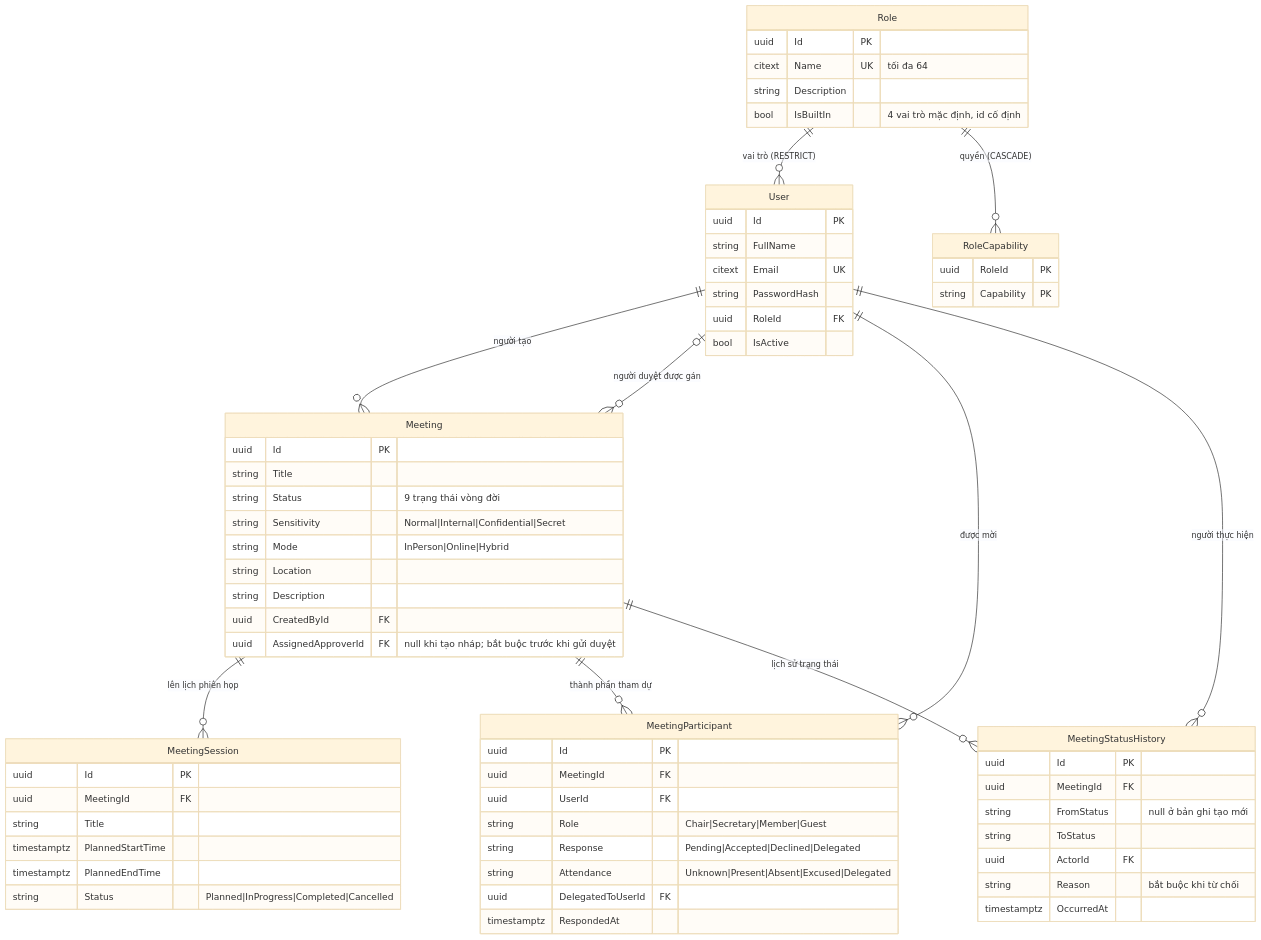
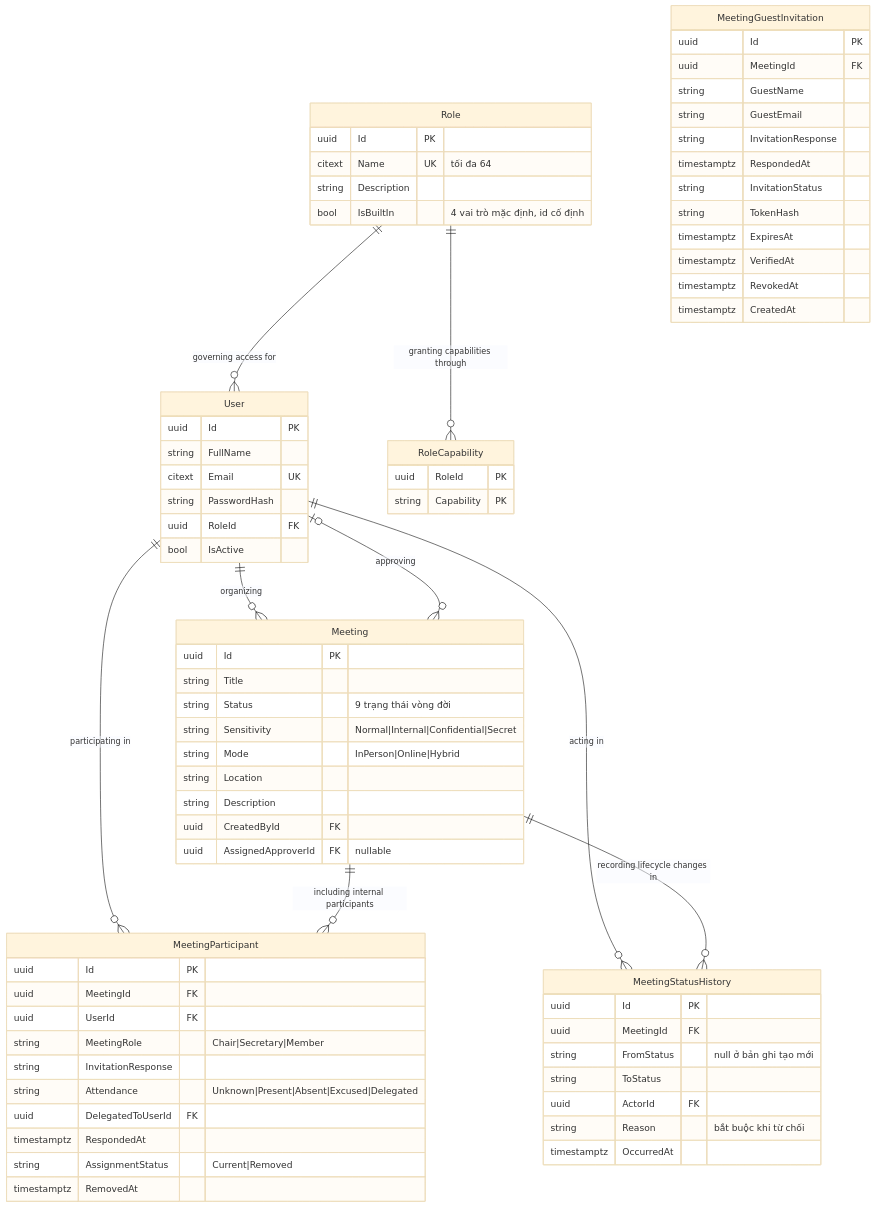
Before and after one commit to callmehai/FU-FA26-G116: the first of 6 diagrams in docs/02-design/02-erd.md, drawn with Mermaid (base theme). The commit also changed other lines of this file and 3 other files, not shown here.

First line of the commit message:
[Doc]: Đồng bộ tài liệu ERD 30 thực thể, cập nhật đặc tả UC và Sequence Diagram UC-21

````diff
--- a/docs/02-design/02-erd.md
+++ b/docs/02-design/02-erd.md
@@ -40,69 +72,76 @@
 ```mermaid
 erDiagram
-    Role ||--o{ User : "vai trò (RESTRICT)"
-    Role ||--o{ RoleCapability : "quyền (CASCADE)"
-    User ||--o{ Meeting : "người tạo"
-    User o|--o{ Meeting : "người duyệt được gán"
-    Meeting ||--o{ MeetingSession : "lên lịch phiên họp"
-    User ||--o{ MeetingParticipant : "được mời"
-    User ||--o{ MeetingStatusHistory : "người thực hiện"
-    Meeting ||--o{ MeetingParticipant : "thành phần tham dự"
-    Meeting ||--o{ MeetingStatusHistory : "lịch sử trạng thái"
+    Role ||--o{ User : "governing access for"
+    Role ||--o{ RoleCapability : "granting capabilities through"
+    User ||--o{ Meeting : "organizing"
+    User o|--o{ Meeting : "approving"
+    User ||--o{ MeetingParticipant : "participating in"
+    User ||--o{ MeetingStatusHistory : "acting in"
+    Meeting ||--o{ MeetingParticipant : "including internal participants"
+    Meeting ||--o{ MeetingStatusHistory : "recording lifecycle changes in"
 
     User {
         uuid Id PK
         string FullName
         citext Email UK
         string PasswordHash
         uuid RoleId FK
         bool IsActive
     }
     Role {
         uuid Id PK
         citext Name UK "tối đa 64"
         string Description
         bool IsBuiltIn "4 vai trò mặc định, id cố định"
     }
     RoleCapability {
         uuid RoleId PK
         string Capability PK
     }
     Meeting {
         uuid Id PK
         string Title
         string Status "9 trạng thái vòng đời"
         string Sensitivity "Normal|Internal|Confidential|Secret"
         string Mode "InPerson|Online|Hybrid"
         string Location
         string Description
         uuid CreatedById FK
-        uuid AssignedApproverId FK "null khi tạo nháp; bắt buộc trước khi gửi duyệt"
-    }
-    MeetingSession {
-        uuid Id PK
-        uuid MeetingId FK
-        string Title
-        timestamptz PlannedStartTime
-        timestamptz PlannedEndTime
-        string Status "Planned|InProgress|Completed|Cancelled"
+        uuid AssignedApproverId FK "nullable"
     }
     MeetingParticipant {
         uuid Id PK
         uuid MeetingId FK
         uuid UserId FK
-        string Role "Chair|Secretary|Member|Guest"
-        string Response "Pending|Accepted|Declined|Delegated"
+        string MeetingRole "Chair|Secretary|Member"
+        string InvitationResponse
         string Attendance "Unknown|Present|Absent|Excused|Delegated"
         uuid DelegatedToUserId FK
         timestamptz RespondedAt
+        string AssignmentStatus "Current|Removed"
+        timestamptz RemovedAt
     }
     MeetingStatusHistory {
         uuid Id PK
         uuid MeetingId FK
         string FromStatus "null ở bản ghi tạo mới"
         string ToStatus
         uuid ActorId FK
         string Reason "bắt buộc khi từ chối"
         timestamptz OccurredAt
     }
+    MeetingGuestInvitation {
+        uuid Id PK
+        uuid MeetingId FK
+        string GuestName
+        string GuestEmail
+        string InvitationResponse
+        timestamptz RespondedAt
+        string InvitationStatus
+        string TokenHash
+        timestamptz ExpiresAt
+        timestamptz VerifiedAt
+        timestamptz RevokedAt
+        timestamptz CreatedAt
+    }
 ```
````
